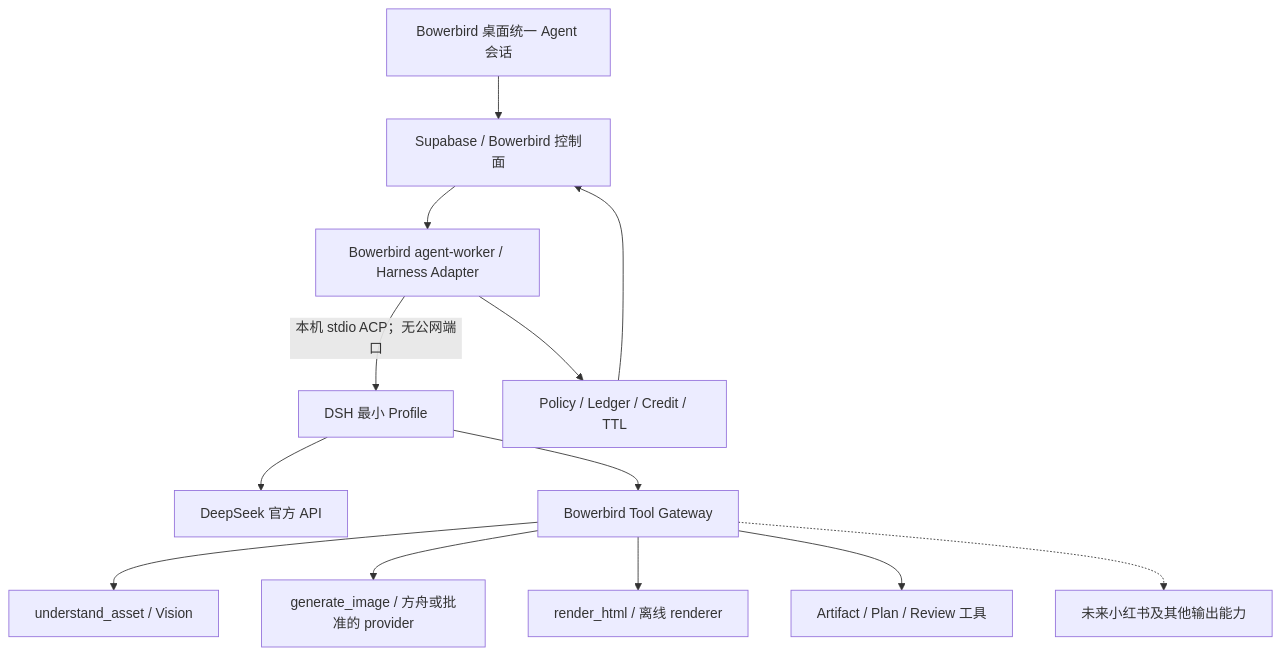
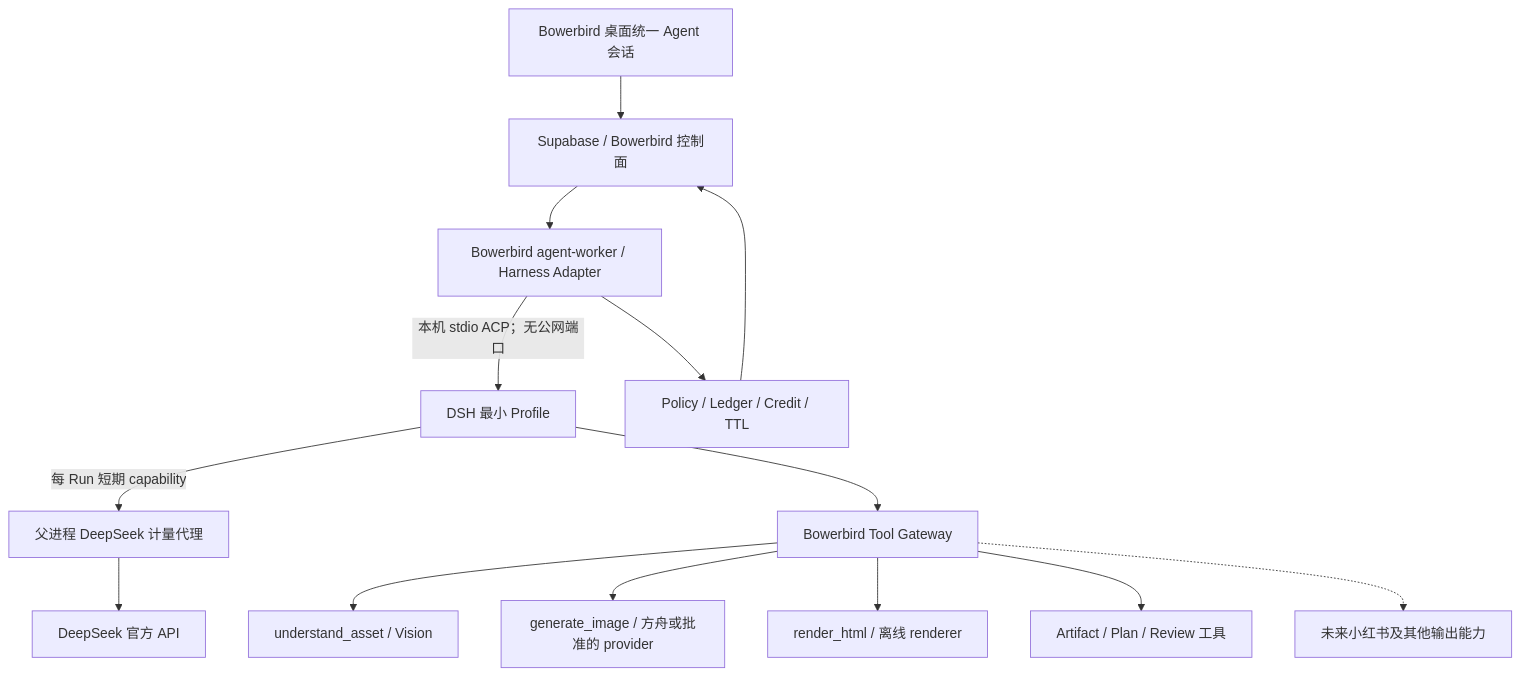
The diagram in dev-doc/UNIFIED-AGENT-HARNESS-PLAN.md (hohohin/Bowerbird), drawn with Mermaid before and after one commit. The commit also changed other lines of this file and 138 other files, not shown here.

````diff
--- a/dev-doc/UNIFIED-AGENT-HARNESS-PLAN.md
+++ b/dev-doc/UNIFIED-AGENT-HARNESS-PLAN.md
@@ -127,15 +131,16 @@
 ```mermaid
 flowchart TD
   UI["Bowerbird 桌面统一 Agent 会话"] --> CP["Supabase / Bowerbird 控制面"]
   CP --> W["Bowerbird agent-worker / Harness Adapter"]
   W -->|"本机 stdio ACP；无公网端口"| DSH["DSH 最小 Profile"]
-  DSH --> DS["DeepSeek 官方 API"]
+  DSH -->|"每 Run 短期 capability"| MP["父进程 DeepSeek 计量代理"]
+  MP --> DS["DeepSeek 官方 API"]
   DSH --> TG["Bowerbird Tool Gateway"]
   TG --> V["understand_asset / Vision"]
   TG --> G["generate_image / 方舟或批准的 provider"]
   TG --> H["render_html / 离线 renderer"]
   TG --> A["Artifact / Plan / Review 工具"]
   TG -.-> X["未来小红书及其他输出能力"]
   W --> L["Policy / Ledger / Credit / TTL"]
   L --> CP
 ```
````
